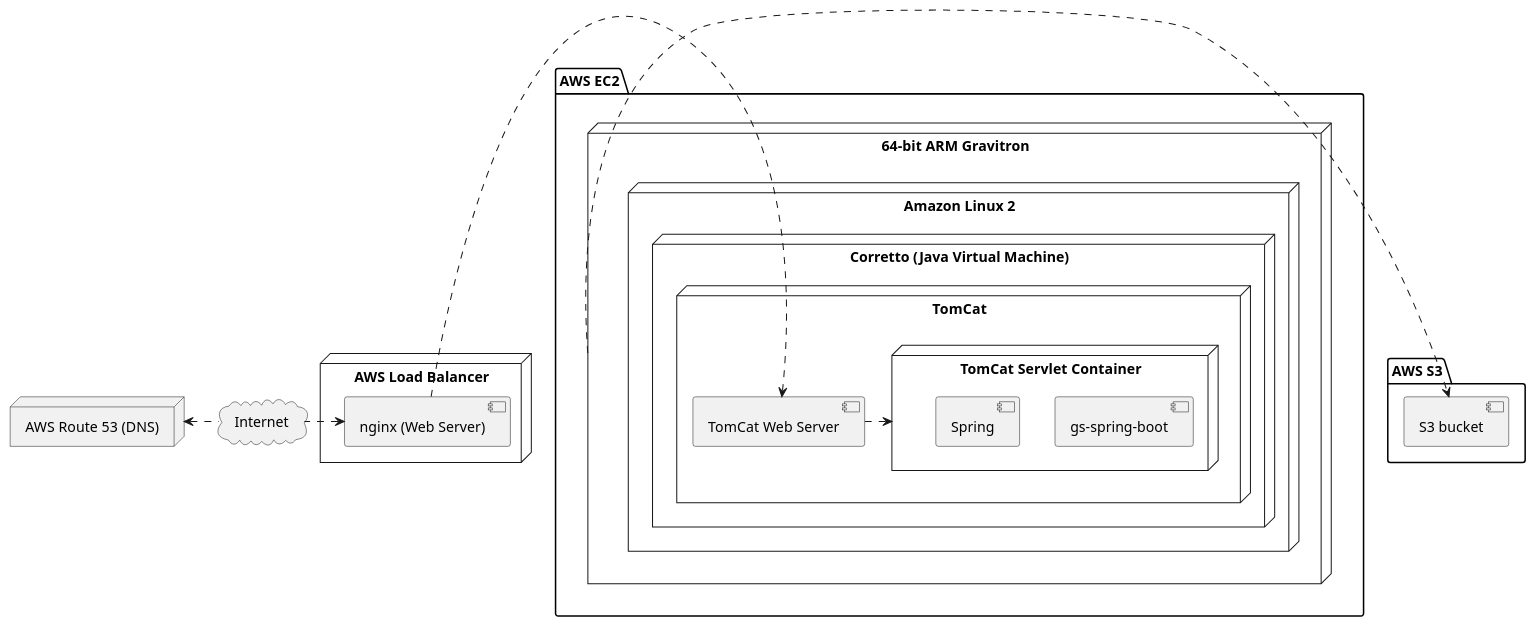
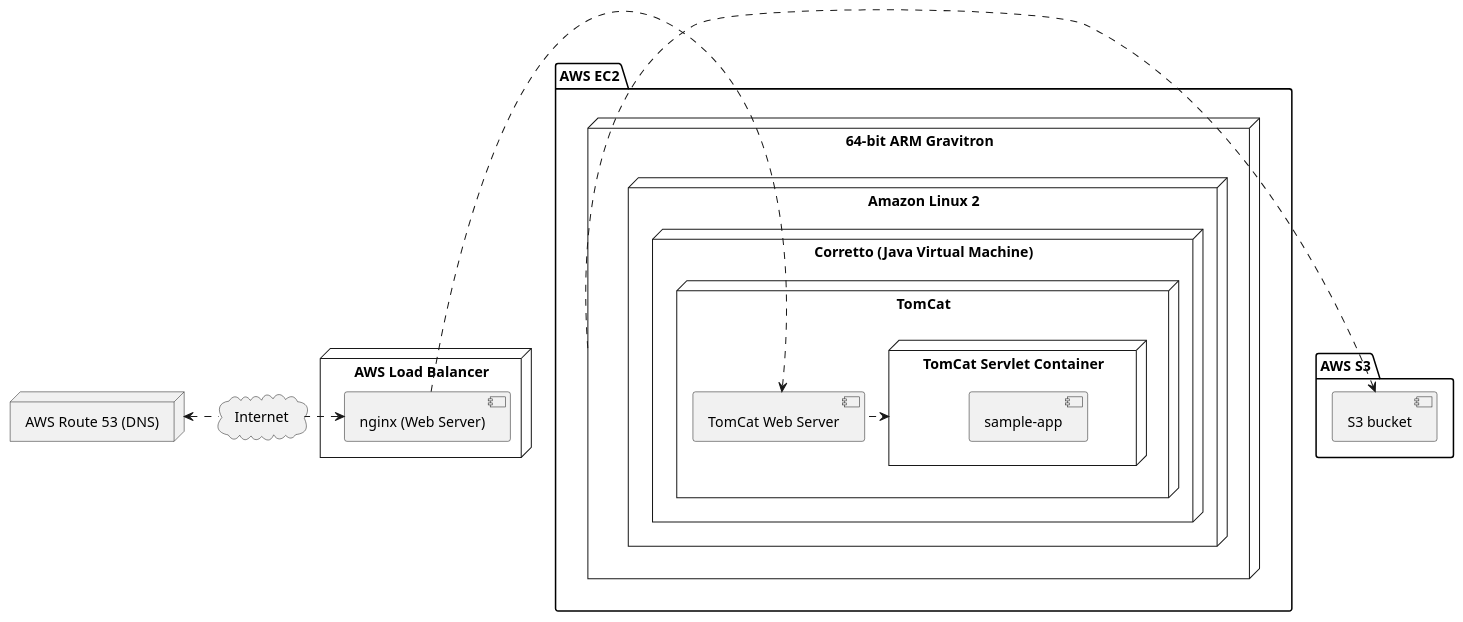
The diagram in aws-beanstalk-walkthrough/aws-gs-step1.puml (masmangan/scaling-octo-bassoon), drawn with PlantUML before and after one commit.

Commit message:
Update aws-gs-step1.puml
Relates to #26

```diff
--- a/aws-beanstalk-walkthrough/aws-gs-step1.puml
+++ b/aws-beanstalk-walkthrough/aws-gs-step1.puml
@@ -1,38 +1,37 @@
 @startuml
 package "AWS S3" {
   [S3 bucket] as Bucket
 }
 cloud "Internet" as Internet
 
 node "AWS Route 53 (DNS)" as DNS
 
 DNS <. Internet
 
 node "AWS Load Balancer" {
    component [nginx (Web Server)] as EngineX
 }
 
 EngineX <. Internet
 
 package "AWS EC2" {
 node "64-bit ARM Gravitron" as Box{
 node "Amazon Linux 2" {
   node "Corretto (Java Virtual Machine)" {
     node "TomCat" {
       [TomCat Web Server] as TomWeb
       node "TomCat Servlet Container" as TomServlet {
-        component "gs-spring-boot" as App
-        component "Spring" as Spring
+        component "sample-app" as App
       }
     }
   }
 }
 }
 EngineX .> TomWeb
 TomServlet <. TomWeb
 
 
 
 Box .> Bucket
 
 @enduml
```
